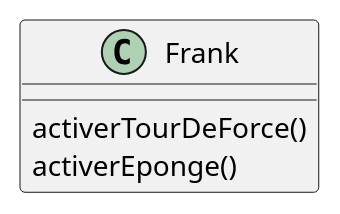
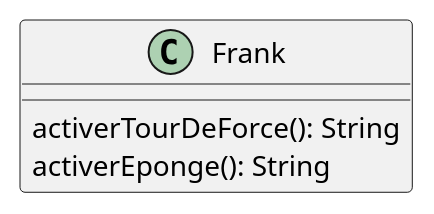
One commit to jandry/design-pattern changed the diagram in src/uml/strategy.puml. Above: the diagram before and after it, drawn with PlantUML. The commit also changed 2 other files, not shown here.

```diff
--- a/src/uml/strategy.puml
+++ b/src/uml/strategy.puml
@@ -1,8 +1,8 @@
 @startuml Strategy
 
 class Frank {
-    activerTourDeForce()
-    activerEponge()
+    activerTourDeForce(): String
+    activerEponge(): String
 }
 
 @enduml
```
